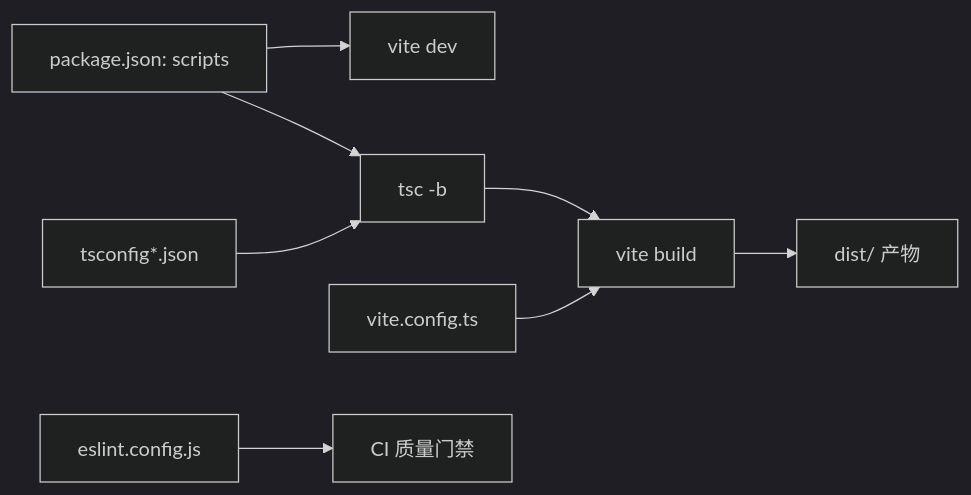
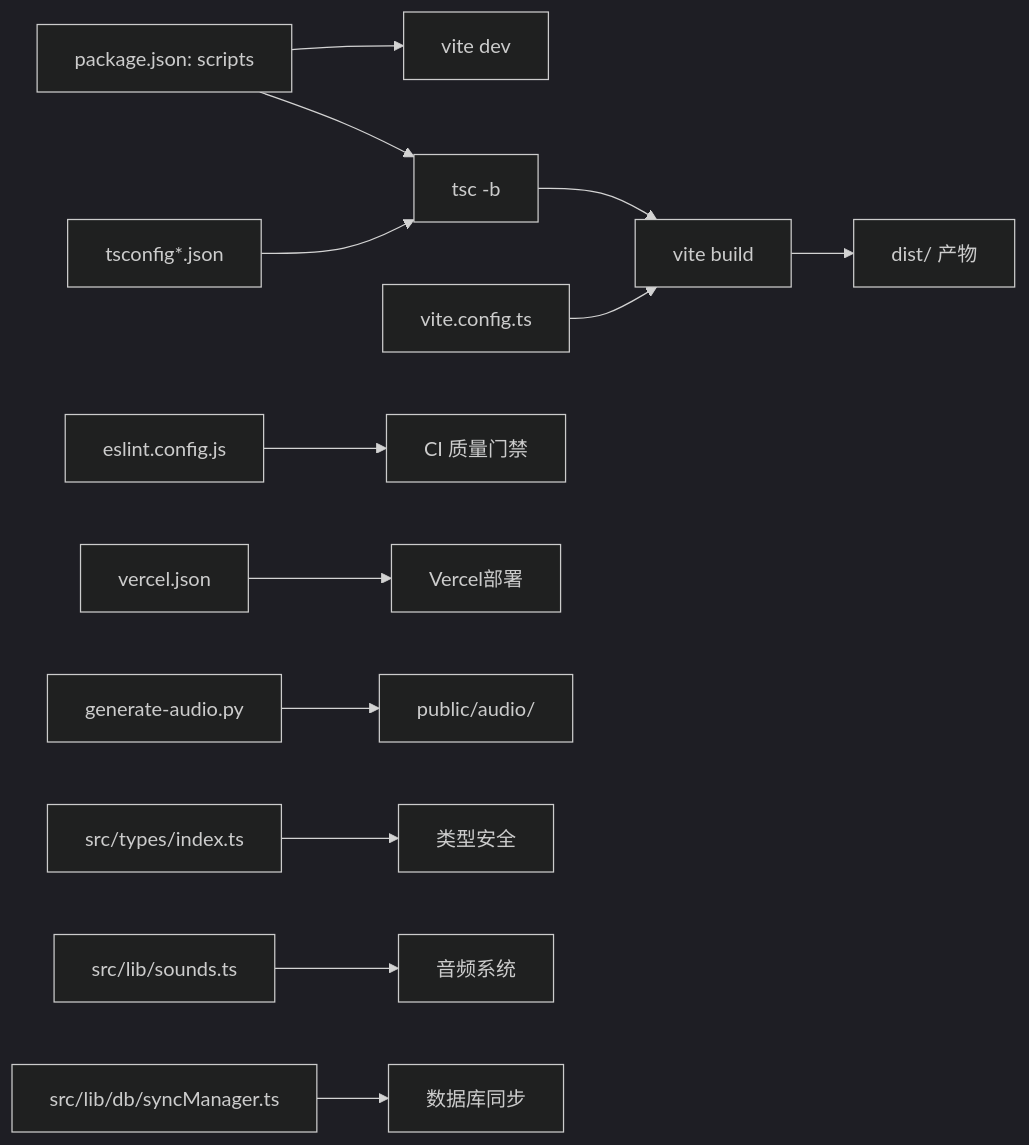
One commit to wudeng2005/rainbow-learning changed the third of 3 diagrams in .qoder/repowiki/zh/content/构建与部署.md. Above: the diagram before and after it, drawn with Mermaid (dark theme). The commit also changed other lines of this file and 55 other files, not shown here.

````diff
--- a/.qoder/repowiki/zh/content/构建与部署.md
+++ b/.qoder/repowiki/zh/content/构建与部署.md
@@ -164,10 +289,15 @@
 ```mermaid
 graph LR
 P["package.json: scripts"] --> Q["vite dev"]
 P --> R["tsc -b"]
 R --> S["vite build"]
 S --> T["dist/ 产物"]
 U["vite.config.ts"] --> S
 V["tsconfig*.json"] --> R
 W["eslint.config.js"] --> X["CI 质量门禁"]
+Y["vercel.json"] --> Z["Vercel部署"]
+AA["generate-audio.py"] --> BB["public/audio/"]
+CC["src/types/index.ts"] --> DD["类型安全"]
+EE["src/lib/sounds.ts"] --> FF["音频系统"]
+GG["src/lib/db/syncManager.ts"] --> HH["数据库同步"]
 ```
````
